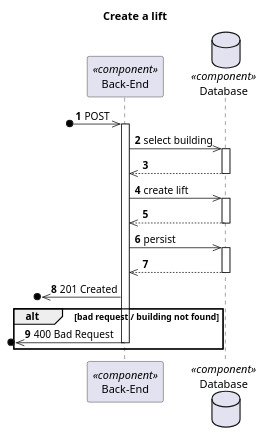
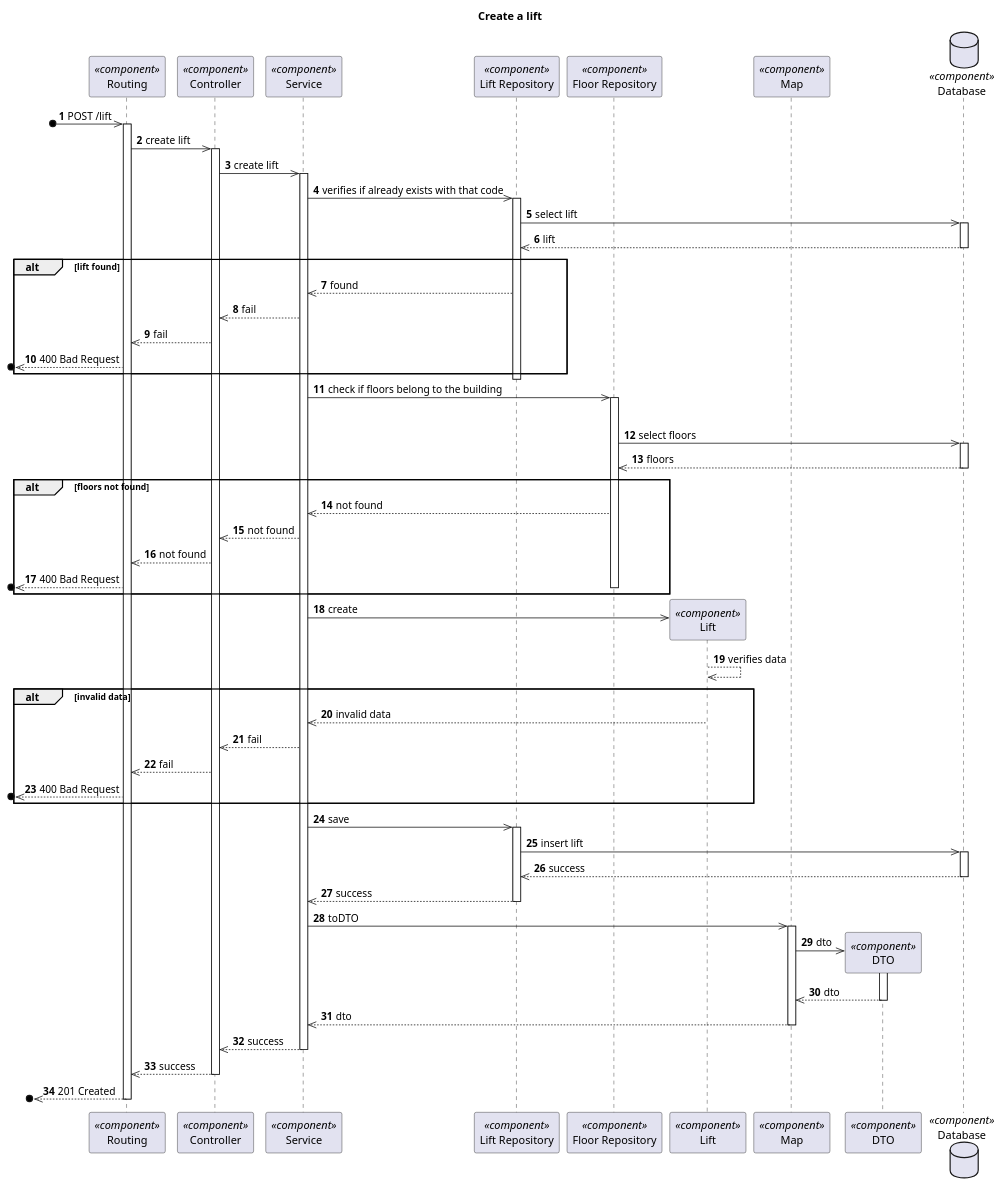
The diagram in docs/Vista Processo/US270/ProcessView_Level3_US270.puml (1210910/lapr5), drawn with PlantUML before and after one commit. The commit also changed 14 other files, not shown here.

Commit message:
Update Level 3 Process Diagrams

```diff
--- a/docs/Vista Processo/US270/ProcessView_Level3_US270.puml
+++ b/docs/Vista Processo/US270/ProcessView_Level3_US270.puml
@@ -1,35 +1,107 @@
 @startuml Process View - Level 3
 
 autonumber
 skinparam packageStyle rect
 
 title Create a lift
 
-participant "Back-End" as BE <<component>>
-database "Database" as DB <<component>>
+participant "Routing" as routing <<component>>
+participant "Controller" as controller <<component>>
+participant "Service" as service <<component>>
+participant "Lift Repository" as liftrepo <<component>>
+participant "Floor Repository" as floorrepo <<component>>
+participant "Lift" as lift <<component>>
+participant "Map" as map <<component>>
+participant "DTO" as dto <<component>>
+database "Database" as db <<component>>
 
-?o->> BE : POST
+?o->> routing : POST /lift
+activate routing
+routing ->> controller : create lift
 
-activate BE
+activate controller
+controller ->> service : create lift
 
-BE ->> DB : select building
-activate DB
-DB -->> BE
-deactivate DB
-BE ->> DB : create lift
-activate DB
-DB -->> BE
-deactivate DB
-BE ->> DB : persist
-activate DB
-DB -->> BE
-deactivate DB
+activate service
+service ->> liftrepo : verifies if already exists with that code
 
-?o<<- BE : 201 Created
+activate liftrepo
+liftrepo ->> db : select lift
+activate db
+db -->> liftrepo : lift
+deactivate db
+alt lift found
+    liftrepo -->> service :  found
 
-alt bad request / building not found
-?o<<- BE : 400 Bad Request
-deactivate BE
-end
+    service -->> controller : fail
+    controller -->> routing : fail
+    ?o<<-- routing : 400 Bad Request
+end alt
+
+deactivate liftrepo
+
+service ->> floorrepo: check if floors belong to the building
+activate floorrepo
+alt not found
+floorrepo ->> db: select floors
+activate db
+db --->> floorrepo : floors
+deactivate db
+
+alt floors not found
+floorrepo --->> service: not found
+service --->> controller: not found
+controller --->> routing: not found
+ ?o<<-- routing : 400 Bad Request
+deactivate floorrepo
+end alt
+service ->> lift** : create
+
+lift -->> lift: verifies data
+alt invalid data
+    lift -->> service : invalid data
+
+    service -->> controller : fail
+    controller -->> routing : fail
+    ?o<<-- routing : 400 Bad Request
+end alt
+
+
+
+
+
+
+service ->> liftrepo : save
+activate liftrepo
+
+liftrepo ->> db : insert lift
+
+activate db
+db -->> liftrepo : success
+
+deactivate db
+liftrepo -->> service : success
+deactivate liftrepo
+
+service ->> map: toDTO
+activate map
+map ->> dto**: dto
+activate dto
+dto -->> map: dto
+deactivate dto
+map-->> service: dto
+deactivate map
+
+
+deactivate liftrepo
+
+service -->> controller : success
+deactivate service
+
+controller -->> routing : success
+deactivate controller
+
+?o<<-- routing : 201 Created
+deactivate routing
 
 @enduml
```
